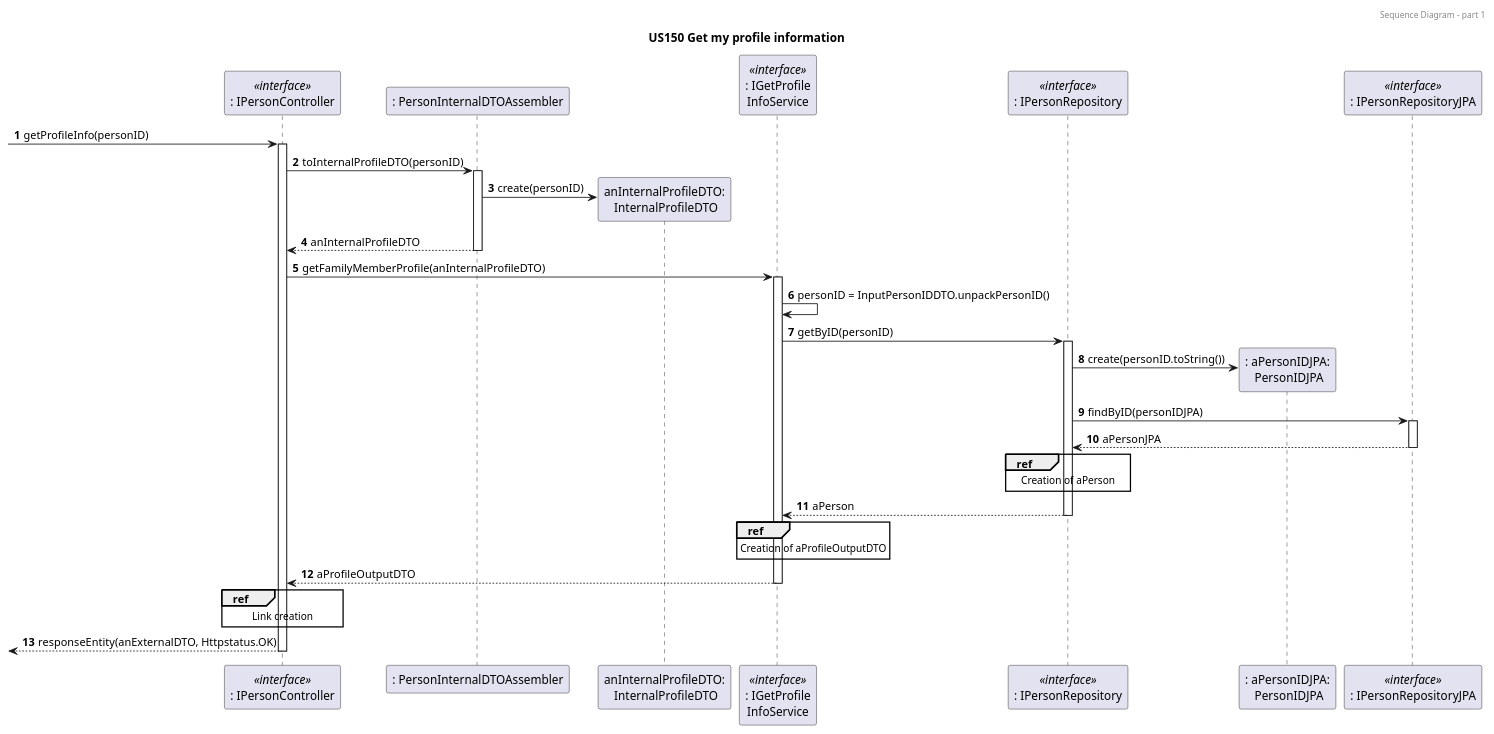
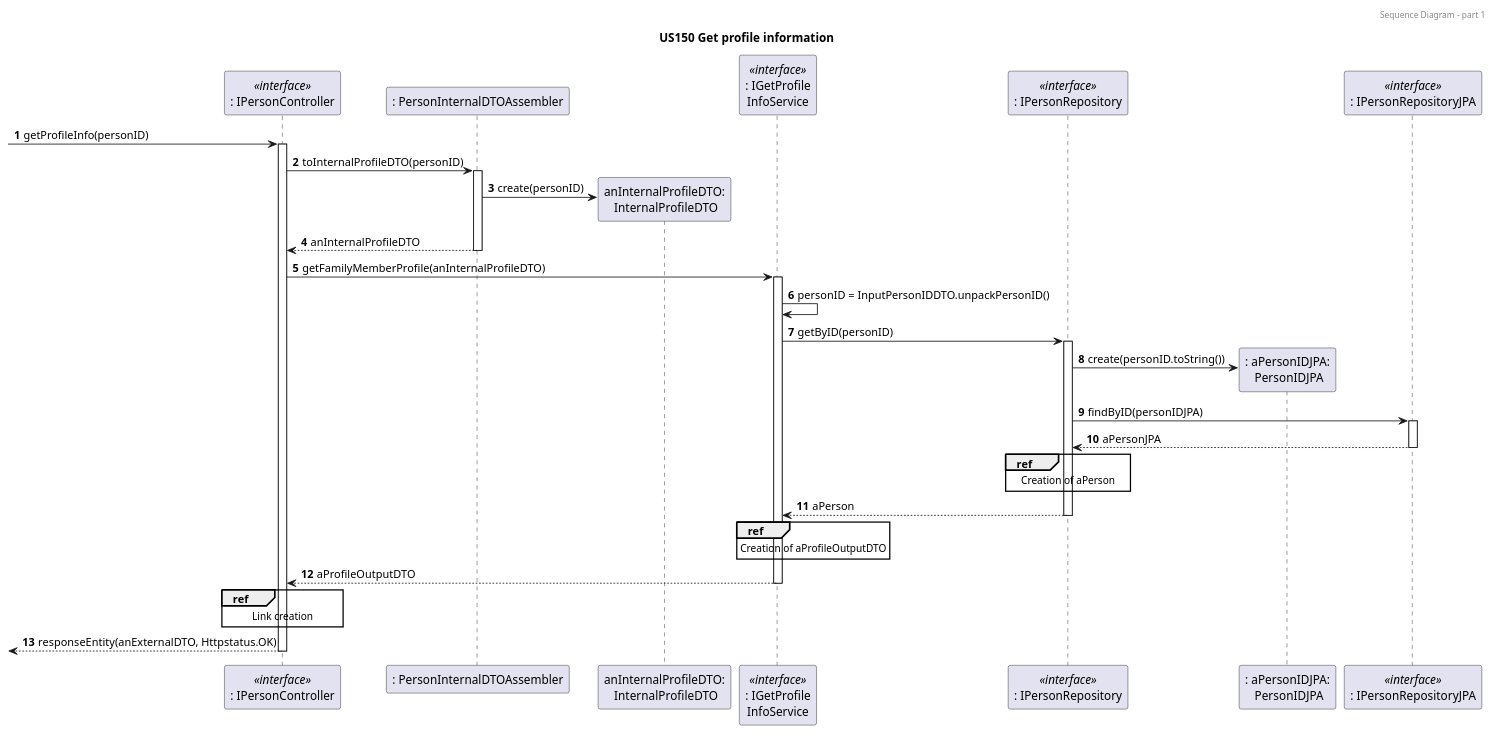
The fourth of 6 diagrams in docs/sprint5/user_stories/US150_GetFamilyMemberProfile.md (tomas-osswald/switch_2020_g3), drawn with PlantUML before and after one commit. The commit also changed 8 other files, not shown here.

`````diff
--- a/docs/sprint5/user_stories/US150_GetFamilyMemberProfile.md
+++ b/docs/sprint5/user_stories/US150_GetFamilyMemberProfile.md
@@ -235,52 +235,52 @@
 ````puml
 @startuml
 
 autonumber
 header Sequence Diagram - part 1
-title US150 Get my profile information
+title US150 Get profile information
 
 
 participant ": IPersonController" as controller <<interface>>
 participant ": PersonInternalDTOAssembler" as assembler
 participant "anInternalProfileDTO:\n InternalProfileDTO" as internalDTO
 participant ": IGetProfile\nInfoService" as service <<interface>>
 participant ": IPersonRepository" as repository <<interface>>
 participant ": aPersonIDJPA:\n PersonIDJPA" as personIDJPA
 participant ": IPersonRepositoryJPA" as repoJPA <<interface>>
 
 -> controller : getProfileInfo(personID)
 activate controller
 controller -> assembler : toInternalProfileDTO(personID)
 activate assembler
 assembler -> internalDTO** : create(personID)
 return anInternalProfileDTO
 controller -> service : getFamilyMemberProfile(anInternalProfileDTO)
 activate service
 
 service -> service : personID = InputPersonIDDTO.unpackPersonID()
 service -> repository : getByID(personID)
 activate repository
 repository -> personIDJPA** : create(personID.toString())
 repository -> repoJPA : findByID(personIDJPA)
 activate repoJPA 
 return aPersonJPA
 
 ref over repository 
 Creation of aPerson
 end
 return aPerson
 
 ref over service
 Creation of aProfileOutputDTO
 end 
 return aProfileOutputDTO
 
 ref over controller
 Link creation
 end
 
 <-- controller : responseEntity(anExternalDTO, Httpstatus.OK)
 deactivate controller
 
 @enduml
 ````
`````
